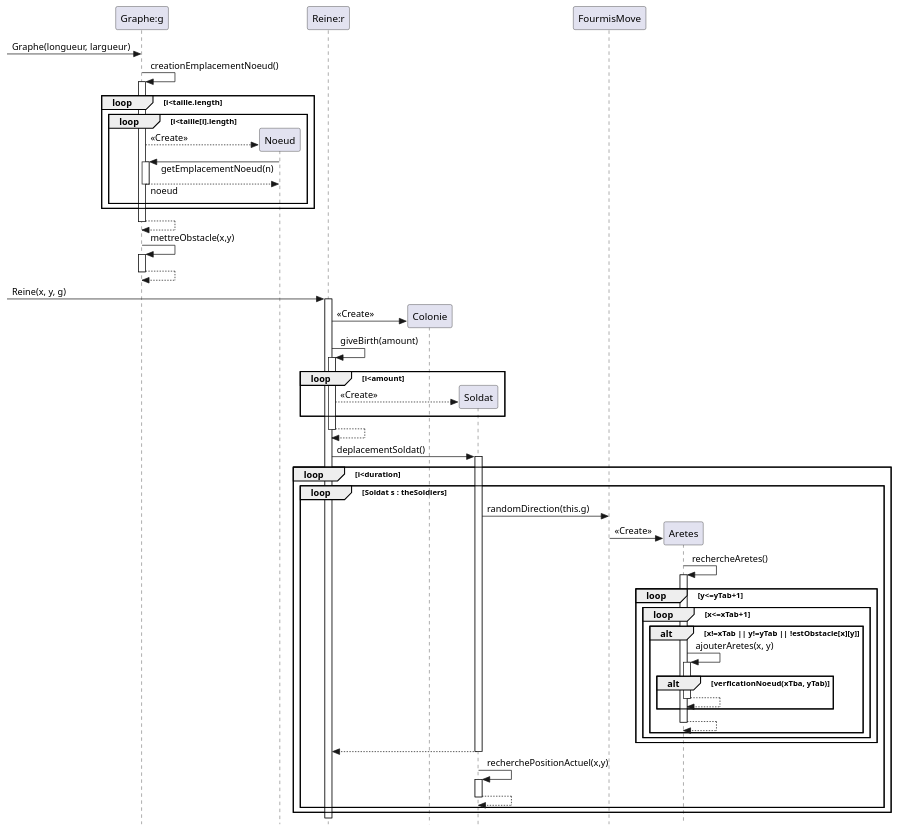
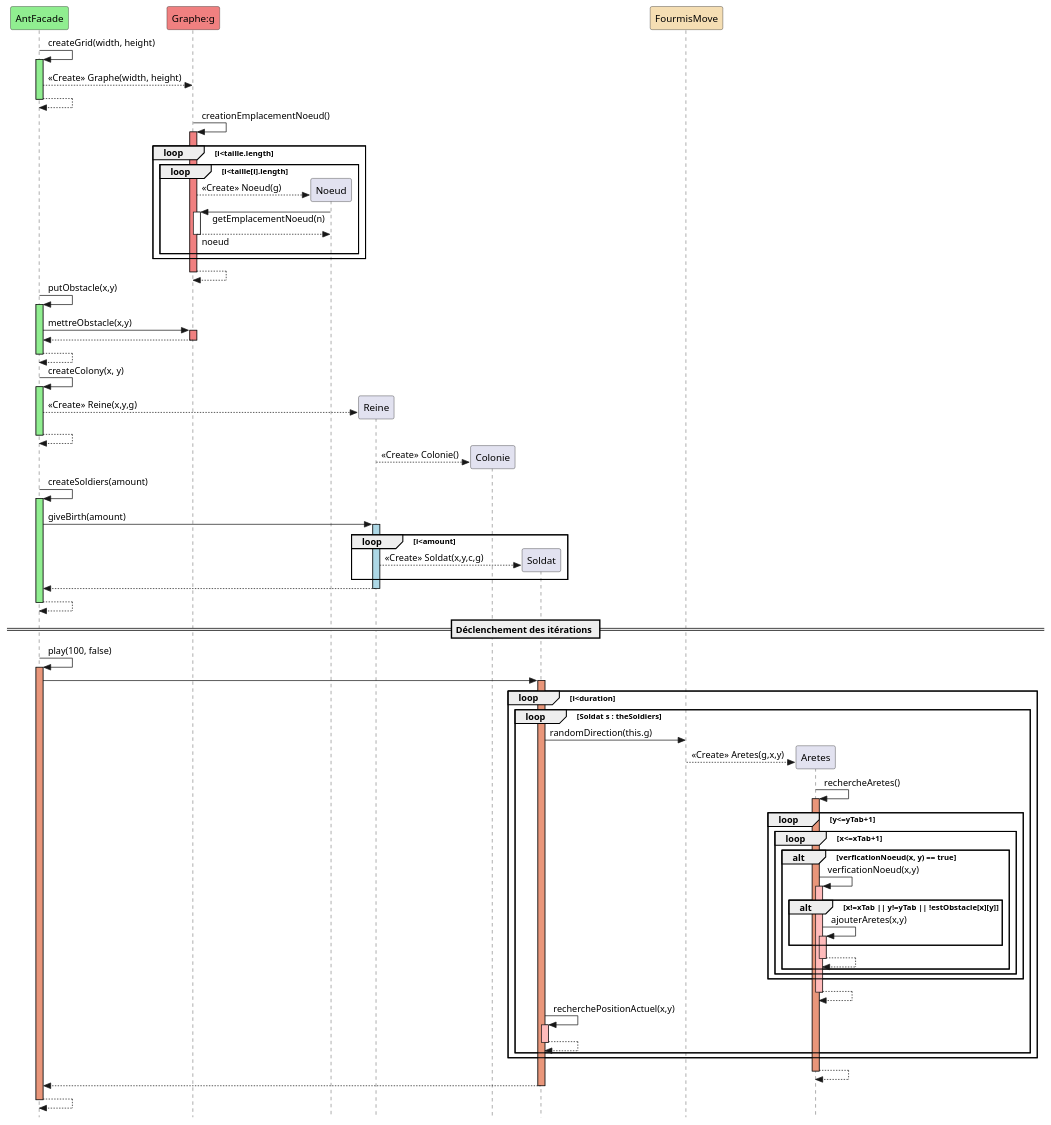
Before and after one commit to jvondermarck/ant-colony: the diagram in plantUML/V1/Fourmis_DS_Iteration.puml, drawn with PlantUML. The commit also changed 26 other files, not shown here.

Commit message:
Correction Bug Aretes Java + Refont UML DC et DS

```diff
--- a/plantUML/V1/Fourmis_DS_Iteration.puml
+++ b/plantUML/V1/Fourmis_DS_Iteration.puml
@@ -1,71 +1,87 @@
 @startuml
 'https://plantuml.com/sequence-diagram
 
 skinparam style strictuml
 skinparam responseMessageBelowArrow true
 hide footbox
-'autonumber
 
-participant "Graphe:g" as graphe
+participant "AntFacade" as ant #lightgreen
+participant "Graphe:g" as graphe #lightcoral
 
 ' ---------GRAPHE--------------
--> graphe:Graphe(longueur, largueur)
-graphe -> graphe++ : creationEmplacementNoeud()
+ant -> ant++ #lightgreen : createGrid(width, height)
+    ant --> graphe: <<Create>> Graphe(width, height)
+return
+
+graphe -> graphe++ #lightcoral : creationEmplacementNoeud()
 loop i<taille.length
     loop i<taille[i].length
         ' ---------NOEUD--------------
             create Noeud
-            graphe --> Noeud : <<Create>>
+            graphe --> Noeud : <<Create>> Noeud(g)
             graphe <- Noeud++ : getEmplacementNoeud(n)
                 return noeud
     end
 end
 return
 
-graphe -> graphe++ : mettreObstacle(x,y)
-    return
+ant -> ant++ #lightgreen : putObstacle(x,y)
+    ant -> graphe++ #lightcoral : mettreObstacle(x,y)
+return
+return
 
 ' ---------REINE--------------
-participant "Reine:r" as reine
--> reine++ : Reine(x, y, g)
+ant -> ant++ #lightgreen : createColony(x, y)
+create Reine
+    ant --> Reine : <<Create>> Reine(x,y,g)
+return
 
 ' ---------COLONIE--------------
 create Colonie
-reine -> Colonie : <<Create>>
+Reine --> Colonie : <<Create>> Colonie()
 
-reine -> reine++ : giveBirth(amount)
-loop i<amount
-    ' ---------SOLDAT--------------
-    create Soldat
-    reine --> Soldat : <<Create>>
-end
+ant -> ant++ #lightgreen : createSoldiers(amount)
+    ant -> Reine++ #lightblue : giveBirth(amount)
+    loop i<amount
+        ' ---------SOLDAT--------------
+        create Soldat
+        Reine --> Soldat : <<Create>> Soldat(x,y,c,g)
+    end
+return
 return
 
-reine -> Soldat++ : deplacementSoldat()
+participant "FourmisMove" #Wheat
+== Déclenchement des itérations ==
+ant -> ant++ #DarkSalmon : play(100, false)
+ant -> Soldat++ #DarkSalmon
 loop i<duration
     loop Soldat s : theSoldiers
         Soldat -> FourmisMove : randomDirection(this.g)
         ' ---------ARETES--------------
         create Aretes
-        FourmisMove -> Aretes : <<Create>>
-        Aretes -> Aretes++ : rechercheAretes()
+        FourmisMove --> Aretes : <<Create>> Aretes(g,x,y)
+        Aretes -> Aretes++ #DarkSalmon : rechercheAretes()
         loop y<=yTab+1
             loop x<=xTab+1
-                alt x!=xTab || y!=yTab || !estObstacle[x][y]
-                    Aretes -> Aretes++ : ajouterAretes(x, y)
-                        alt verficationNoeud(xTba, yTab)
-                        return
+                alt verficationNoeud(x, y) == true
+                    Aretes -> Aretes++ #FFBBBB : verficationNoeud(x,y)
+                        alt x!=xTab || y!=yTab || !estObstacle[x][y]
+                            Aretes -> Aretes++ #FFBBBB : ajouterAretes(x,y)
                         end
                     return
                 end
             end
         end
             return
-        Soldat -> Soldat++ : recherchePositionActuel(x,y)
+        Soldat -> Soldat++ #FFBBBB : recherchePositionActuel(x,y)
             return
     end
 end
+return
+return
+return
+
 
 
 
 @enduml
```
